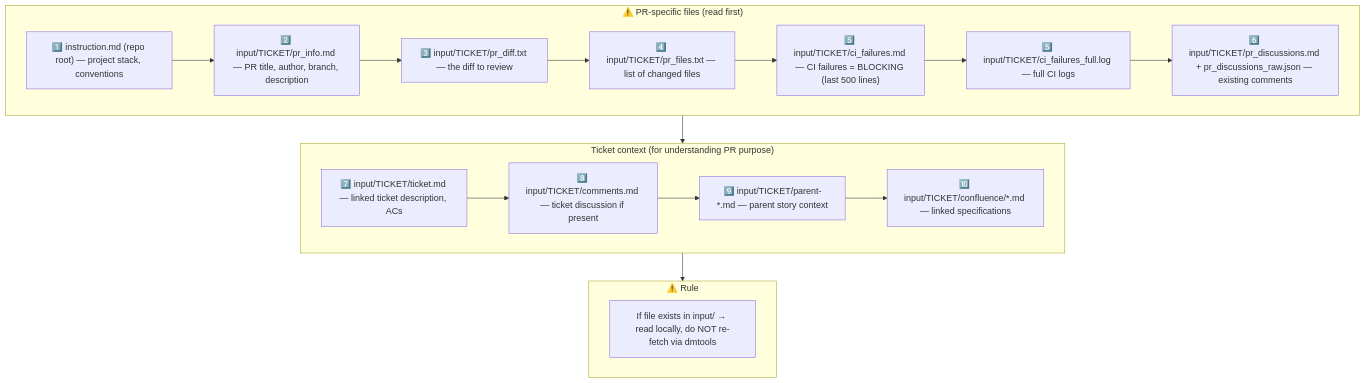
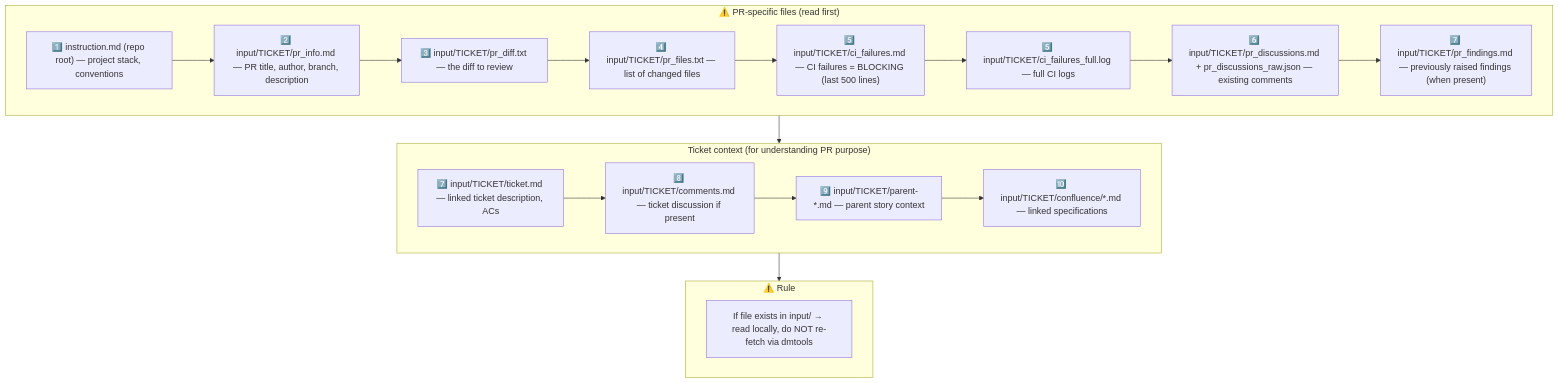
The third of 7 diagrams in snapshots/pr_review.md (IstiN/dmtools-agents), drawn with Mermaid before and after one commit. The commit also changed other lines of this file and 17 other files, not shown here.

````diff
--- a/snapshots/pr_review.md
+++ b/snapshots/pr_review.md
@@ -55,27 +55,28 @@
 ```mermaid
 flowchart TD
     subgraph PR_CONTEXT["⚠️ PR-specific files (read first)"]
         P1["1️⃣ instruction.md (repo root) — project stack, conventions"]
         P2["2️⃣ input/TICKET/pr_info.md — PR title, author, branch, description"]
         P3["3️⃣ input/TICKET/pr_diff.txt — the diff to review"]
         P4["4️⃣ input/TICKET/pr_files.txt — list of changed files"]
         P5["5️⃣ input/TICKET/ci_failures.md — CI failures = BLOCKING (last 500 lines)"]
         P5_FULL["5️⃣ input/TICKET/ci_failures_full.log — full CI logs"]
         P6["6️⃣ input/TICKET/pr_discussions.md + pr_discussions_raw.json — existing comments"]
-        P1 --> P2 --> P3 --> P4 --> P5 --> P5_FULL --> P6
+        P7["7️⃣ input/TICKET/pr_findings.md — previously raised findings (when present)"]
+        P1 --> P2 --> P3 --> P4 --> P5 --> P5_FULL --> P6 --> P7
     end
 
     subgraph TICKET_CONTEXT["Ticket context (for understanding PR purpose)"]
         T1["7️⃣ input/TICKET/ticket.md — linked ticket description, ACs"]
         T2["8️⃣ input/TICKET/comments.md — ticket discussion if present"]
         T3["9️⃣ input/TICKET/parent-*.md — parent story context"]
         T4["🔟 input/TICKET/confluence/*.md — linked specifications"]
         T1 --> T2 --> T3 --> T4
     end
 
     subgraph RULE["⚠️ Rule"]
         R1["If file exists in input/ → read locally, do NOT re-fetch via dmtools"]
     end
 
     PR_CONTEXT --> TICKET_CONTEXT --> RULE
 ```
````
